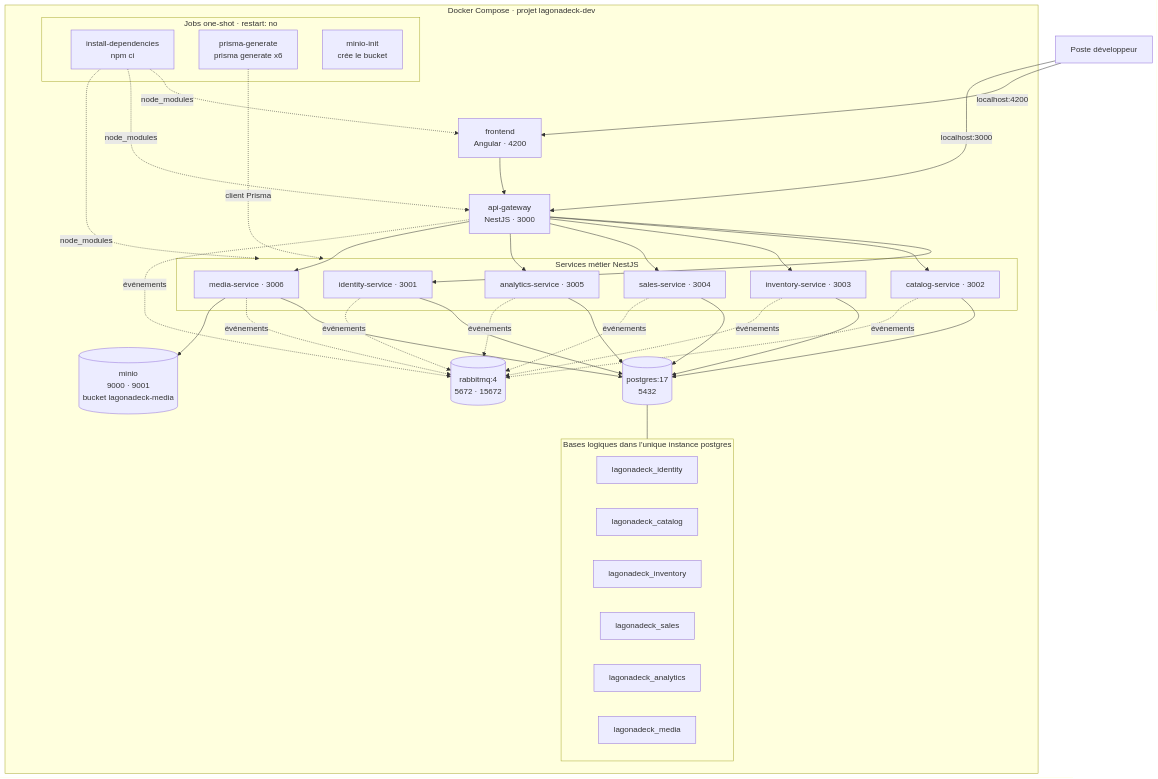
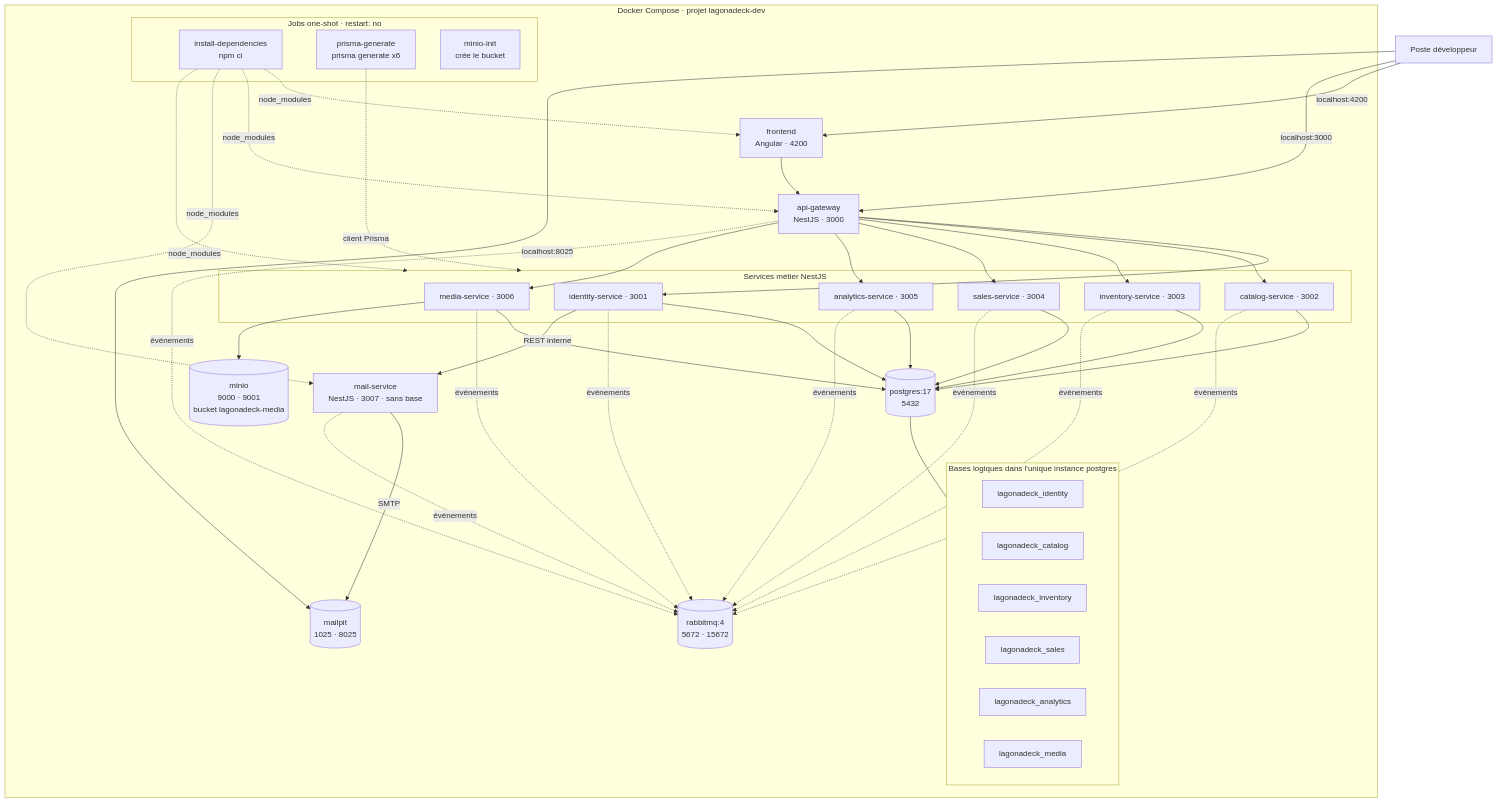
Before and after one commit to LagonaDeck/lagonadeck: the first of 4 diagrams in docs/diagrams/infrastructure.md, drawn with Mermaid. The commit also changed other lines of this file and 9 other files, not shown here.

Commit message:
docs(mail-service): documente le service et ajoute l'ADR 0007

````diff
--- a/docs/diagrams/infrastructure.md
+++ b/docs/diagrams/infrastructure.md
@@ -18,68 +18,76 @@
 ```mermaid
 flowchart TB
   DEV[Poste développeur] -->|localhost:4200| FE
   DEV -->|localhost:3000| GW
+  DEV -->|localhost:8025| MP
 
   subgraph COMPOSE["Docker Compose · projet lagonadeck-dev"]
     subgraph BOOT["Jobs one-shot · restart: no"]
       INSTALL[install-dependencies\nnpm ci]
       PRISMA[prisma-generate\nprisma generate x6]
       MINIT[minio-init\ncrée le bucket]
     end
 
     FE[frontend\nAngular · 4200]
     GW[api-gateway\nNestJS · 3000]
+    MAIL[mail-service\nNestJS · 3007 · sans base]
 
     subgraph SVC["Services métier NestJS"]
       IDS[identity-service · 3001]
       CAT[catalog-service · 3002]
       INV[inventory-service · 3003]
       SAL[sales-service · 3004]
       ANA[analytics-service · 3005]
       MED[media-service · 3006]
     end
 
     PG[(postgres:17\n5432)]
     subgraph LOGDB["Bases logiques dans l'unique instance postgres"]
       D1[lagonadeck_identity]
       D2[lagonadeck_catalog]
       D3[lagonadeck_inventory]
       D4[lagonadeck_sales]
       D5[lagonadeck_analytics]
       D6[lagonadeck_media]
     end
     RMQ[(rabbitmq:4\n5672 · 15672)]
     MINIO[(minio\n9000 · 9001\nbucket lagonadeck-media)]
+    MP[(mailpit\n1025 · 8025)]
   end
 
   FE --> GW
   GW --> IDS
   GW --> CAT
   GW --> INV
   GW --> SAL
   GW --> ANA
   GW --> MED
 
   IDS --> PG
   CAT --> PG
   INV --> PG
   SAL --> PG
   ANA --> PG
   MED --> PG
   PG --- LOGDB
 
   GW -.événements.-> RMQ
   IDS -.événements.-> RMQ
   CAT -.événements.-> RMQ
   INV -.événements.-> RMQ
   SAL -.événements.-> RMQ
   ANA -.événements.-> RMQ
   MED -.événements.-> RMQ
 
   MED --> MINIO
 
+  IDS -->|REST interne| MAIL
+  MAIL -->|SMTP| MP
+  MAIL -.événements.-> RMQ
+
   INSTALL -.node_modules.-> FE
   INSTALL -.node_modules.-> GW
+  INSTALL -.node_modules.-> MAIL
   INSTALL -.node_modules.-> SVC
   PRISMA -.client Prisma.-> SVC
 ```
````
